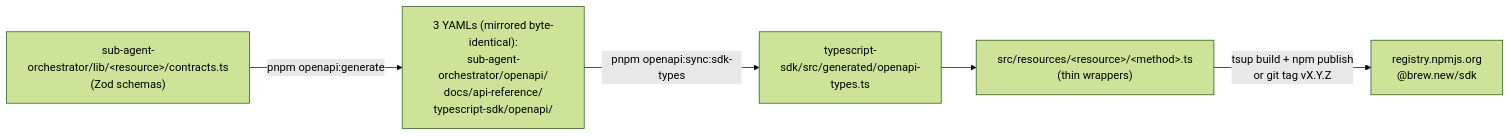
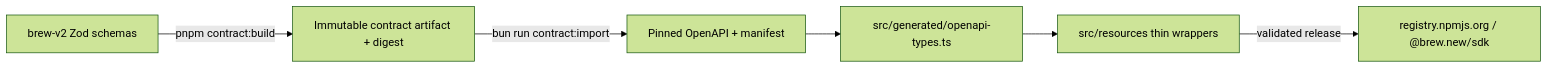
Before and after one commit to GetBrew/typescript-sdk: the diagram in RELEASING.md, drawn with Mermaid (forest theme). The commit also changed other lines of this file and 144 other files, not shown here.

````diff
--- a/RELEASING.md
+++ b/RELEASING.md
@@ -10,8 +10,8 @@
 ```mermaid
 flowchart LR
-  Zod["sub-agent-orchestrator/lib/&lt;resource&gt;/contracts.ts<br/>(Zod schemas)"]
-  Zod -->|pnpm openapi:generate| YAMLs["3 YAMLs (mirrored byte-identical):<br/>sub-agent-orchestrator/openapi/<br/>docs/api-reference/<br/>typescript-sdk/openapi/"]
-  YAMLs -->|pnpm openapi:sync:sdk-types| Generated["typescript-sdk/src/generated/openapi-types.ts"]
-  Generated --> Resources["src/resources/&lt;resource&gt;/&lt;method&gt;.ts<br/>(thin wrappers)"]
-  Resources -->|tsup build + npm publish<br/>or git tag vX.Y.Z| Registry["registry.npmjs.org<br/>@brew.new/sdk"]
+  Zod["brew-v2 Zod schemas"] -->|pnpm contract:build| Artifact["Immutable contract artifact + digest"]
+  Artifact -->|bun run contract:import| Pin["Pinned OpenAPI + manifest"]
+  Pin --> Generated["src/generated/openapi-types.ts"]
+  Generated --> Resources["src/resources thin wrappers"]
+  Resources -->|validated release| Registry["registry.npmjs.org / @brew.new/sdk"]
 ```
````
